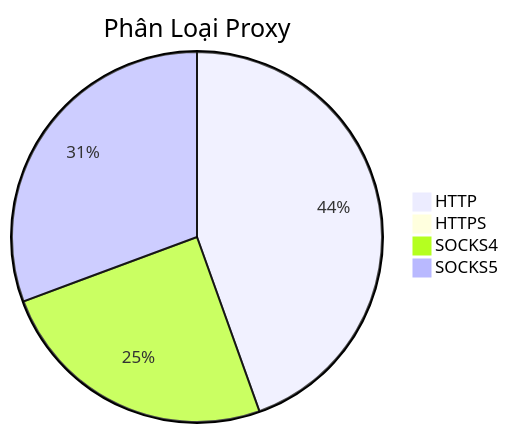
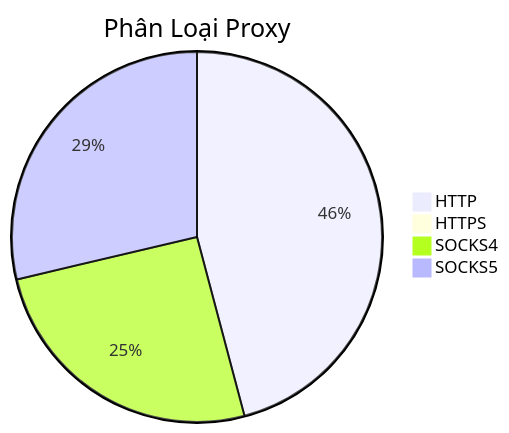
One commit to Ciara-Aa/PROXY-free changed the diagram in README.md. Above: the diagram before and after it, drawn with Mermaid. The commit also changed other lines of this file and 4 other files, not shown here.

````diff
--- a/README.md
+++ b/README.md
@@ -26,7 +26,7 @@
 ```mermaid
 pie title Phân Loại Proxy
-    "HTTP" : 366
-    "HTTPS" : 4
-    "SOCKS4" : 204
-    "SOCKS5" : 252
+    "HTTP" : 411
+    "HTTPS" : 3
+    "SOCKS4" : 228
+    "SOCKS5" : 257
 ```
````
